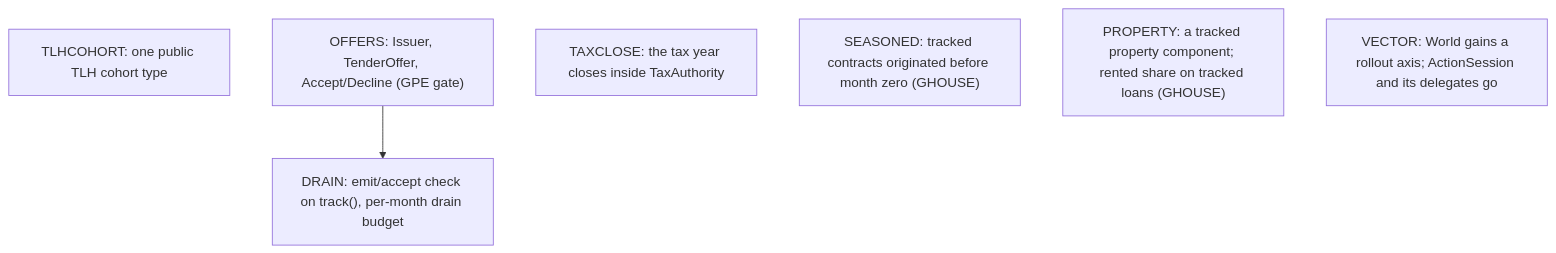
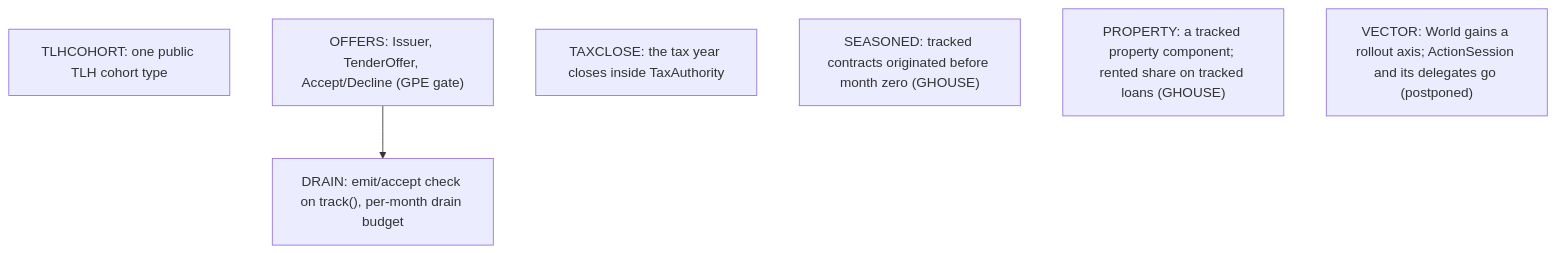
Before and after one commit to agentydragon/ducktape: the diagram in finance/augur/plans/library_design_gates.md, drawn with Mermaid. The commit also changed other lines of this file and 1 other file, not shown here.

First line of the commit message:
augur: postpone VECTOR in the plans

````diff
--- a/finance/augur/plans/library_design_gates.md
+++ b/finance/augur/plans/library_design_gates.md
@@ -16,11 +16,11 @@
 ```mermaid
 graph TD
     TLHCOHORT["TLHCOHORT: one public TLH cohort type"]
     OFFERS["OFFERS: Issuer, TenderOffer, Accept/Decline (GPE gate)"]
     DRAIN["DRAIN: emit/accept check on track(), per-month drain budget"]
     TAXCLOSE["TAXCLOSE: the tax year closes inside TaxAuthority"]
     SEASONED["SEASONED: tracked contracts originated before month zero (GHOUSE)"]
     PROPERTY["PROPERTY: a tracked property component; rented share on tracked loans (GHOUSE)"]
-    VECTOR["VECTOR: World gains a rollout axis; ActionSession and its delegates go"]
+    VECTOR["VECTOR: World gains a rollout axis; ActionSession and its delegates go (postponed)"]
     OFFERS --> DRAIN
 ```
````
